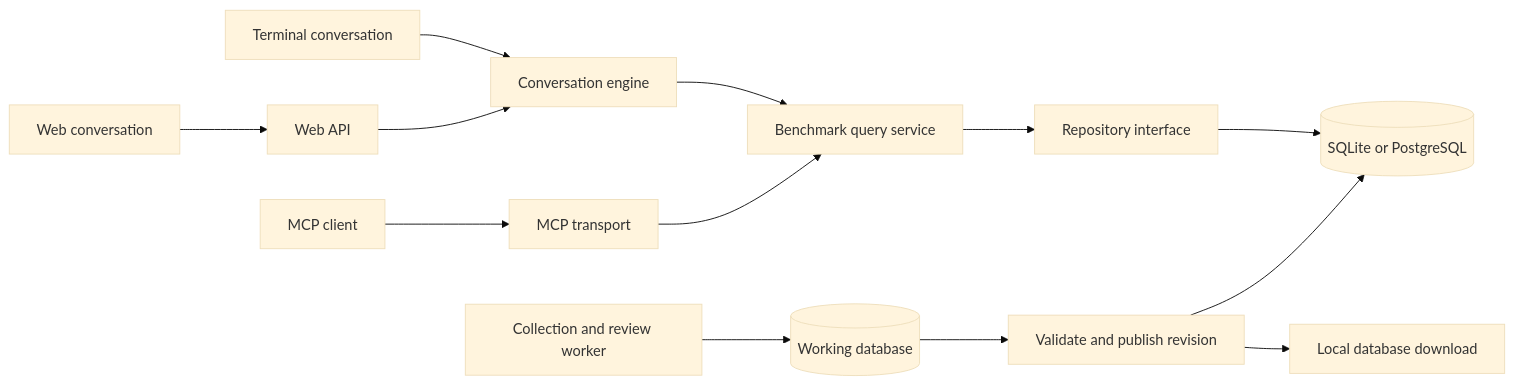
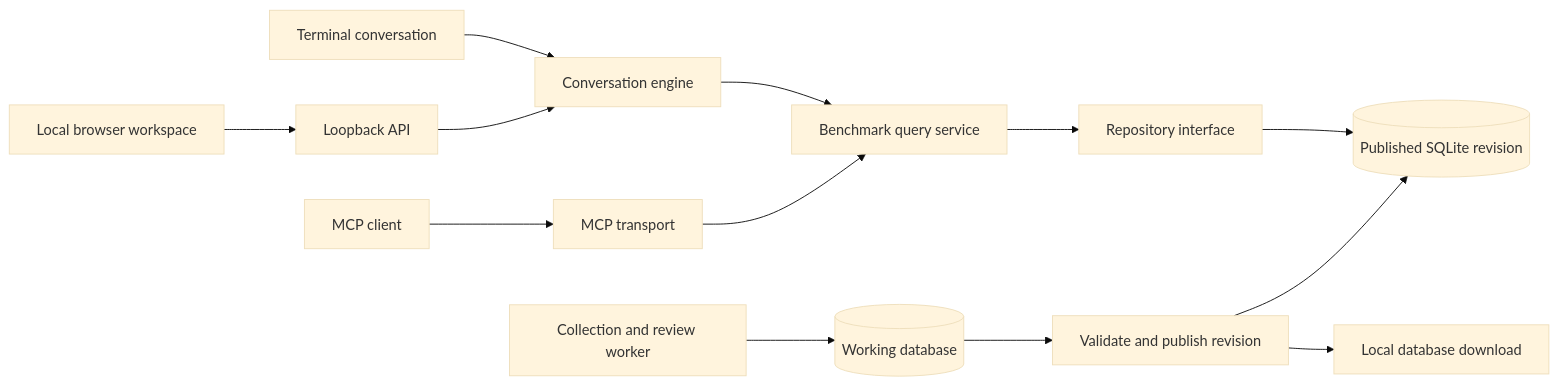
Before and after one commit to hyunyoungnam/Bench2Agent: the diagram in docs/database-and-hosting.md, drawn with Mermaid (base theme). The commit also changed other lines of this file and 6 other files, not shown here.

First line of the commit message:
Docs: terminal and local browser as two interfaces of one local application

````diff
--- a/docs/database-and-hosting.md
+++ b/docs/database-and-hosting.md
@@ -21,15 +28,15 @@
 ```mermaid
 flowchart LR
     CLI[Terminal conversation] --> Agent[Conversation engine]
-    Web[Web conversation] --> API[Web API]
+    Web[Local browser workspace] --> API[Loopback API]
     API --> Agent
     Client[MCP client] --> MCP[MCP transport]
     Agent --> Tools[Benchmark query service]
     MCP --> Tools
     Tools --> Store[Repository interface]
-    Store --> DB[(SQLite or PostgreSQL)]
+    Store --> DB[(Published SQLite revision)]
     Worker[Collection and review worker] --> Draft[(Working database)]
     Draft --> Publish[Validate and publish revision]
     Publish --> DB
     Publish --> Bundle[Local database download]
 ```
````
